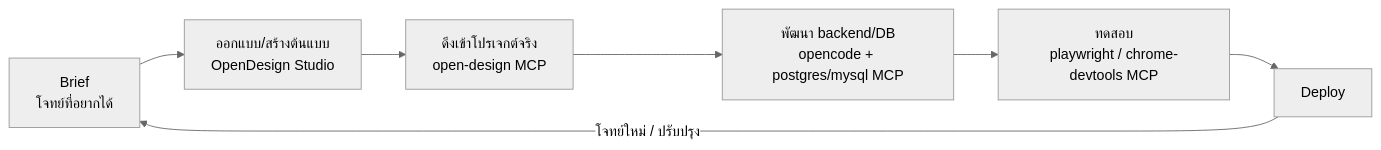
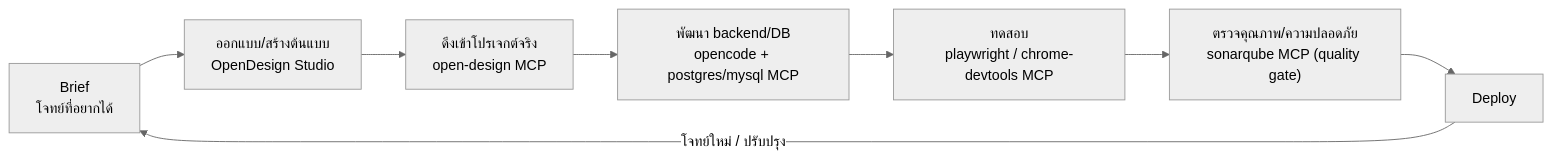
Before and after one commit to adcident12/my-manual-opencode: the second of 3 diagrams in USER-MANUAL.md, drawn with Mermaid (neutral theme). The commit also changed other lines of this file and 1 other file, not shown here.

First line of the commit message:
Reflect sonarqube in workflow diagrams and add its update procedure

````diff
--- a/USER-MANUAL.md
+++ b/USER-MANUAL.md
@@ -48,9 +48,10 @@
 ```mermaid
 graph LR
     A["Brief<br/>โจทย์ที่อยากได้"] --> B["ออกแบบ/สร้างต้นแบบ<br/>OpenDesign Studio"]
     B --> C["ดึงเข้าโปรเจกต์จริง<br/>open-design MCP"]
     C --> D["พัฒนา backend/DB<br/>opencode + postgres/mysql MCP"]
     D --> E["ทดสอบ<br/>playwright / chrome-devtools MCP"]
-    E --> F["Deploy"]
+    E --> Q["ตรวจคุณภาพ/ความปลอดภัย<br/>sonarqube MCP (quality gate)"]
+    Q --> F["Deploy"]
     F -->|โจทย์ใหม่ / ปรับปรุง| A
 ```
````
